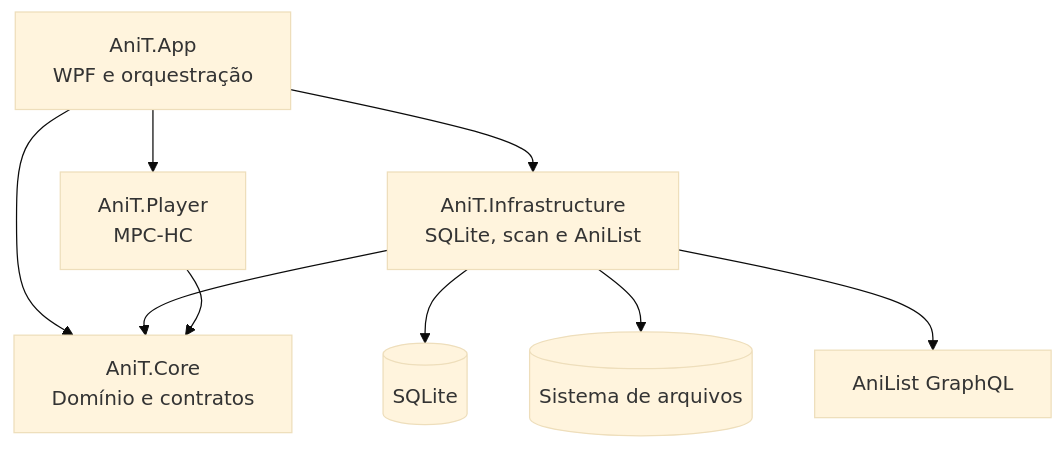
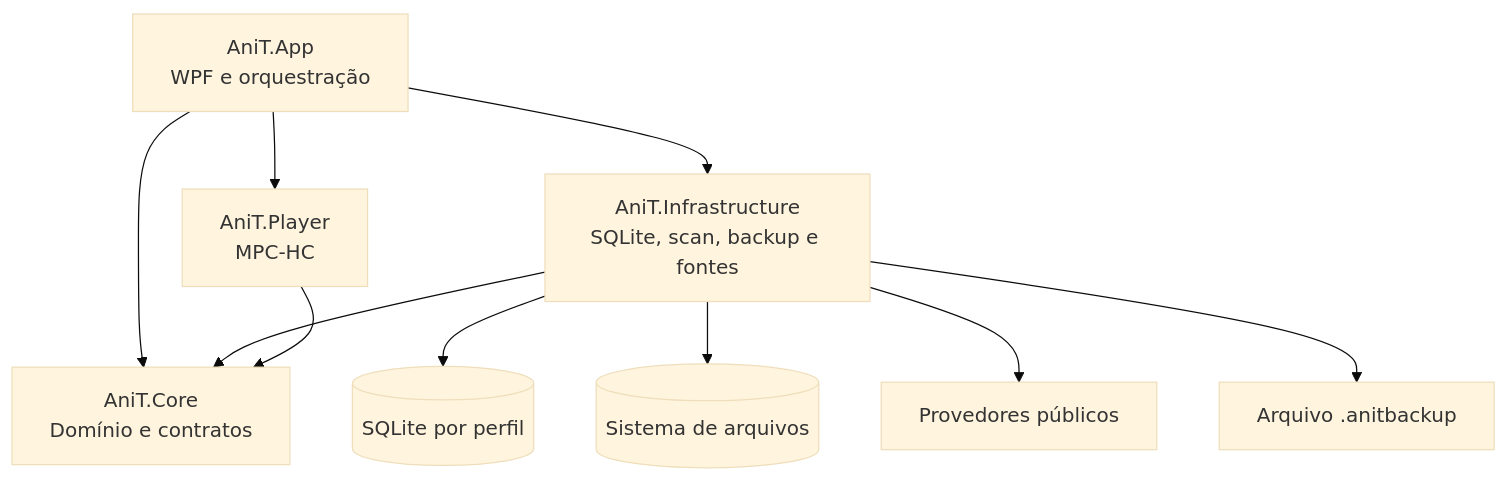
The first of 2 diagrams in docs/ARCHITECTURE.md (PedroVitor-Dev/AniT), drawn with Mermaid (base theme) before and after one commit. The commit also changed other lines of this file and 22 other files, not shown here.

````diff
--- a/docs/ARCHITECTURE.md
+++ b/docs/ARCHITECTURE.md
@@ -7,19 +7,21 @@
 ```mermaid
 flowchart TB
     APP[AniT.App<br/>WPF e orquestração]
     CORE[AniT.Core<br/>Domínio e contratos]
-    INFRA[AniT.Infrastructure<br/>SQLite, scan e AniList]
+    INFRA[AniT.Infrastructure<br/>SQLite, scan, backup e fontes]
     PLAYER[AniT.Player<br/>MPC-HC]
-    DB[(SQLite)]
+    DB[(SQLite por perfil)]
     FS[(Sistema de arquivos)]
-    API[AniList GraphQL]
+    API[Provedores públicos]
+    BKP[Arquivo .anitbackup]
 
     APP --> CORE
     APP --> INFRA
     APP --> PLAYER
     INFRA --> CORE
     PLAYER --> CORE
     INFRA --> DB
     INFRA --> FS
     INFRA --> API
+    INFRA --> BKP
 ```
````
